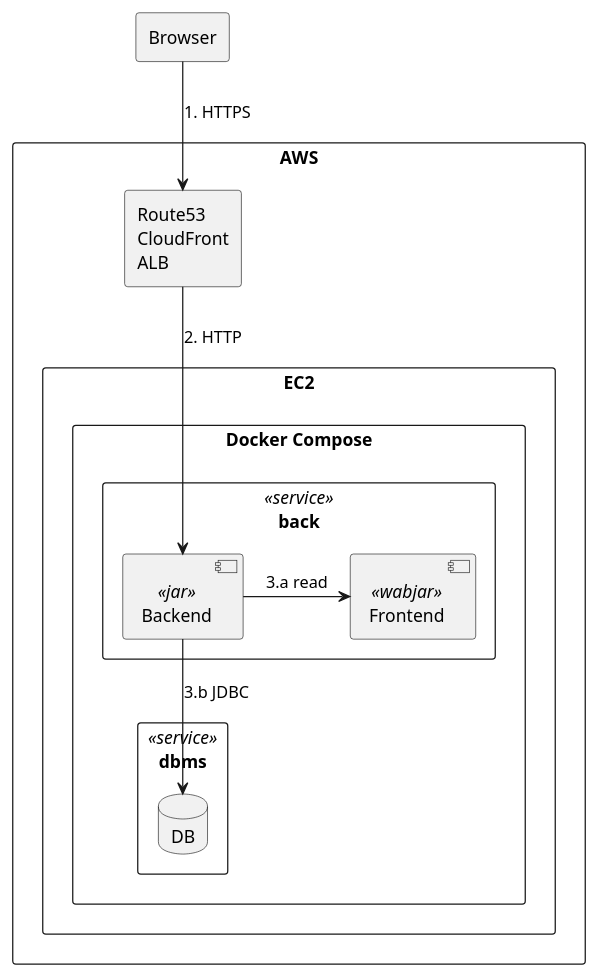
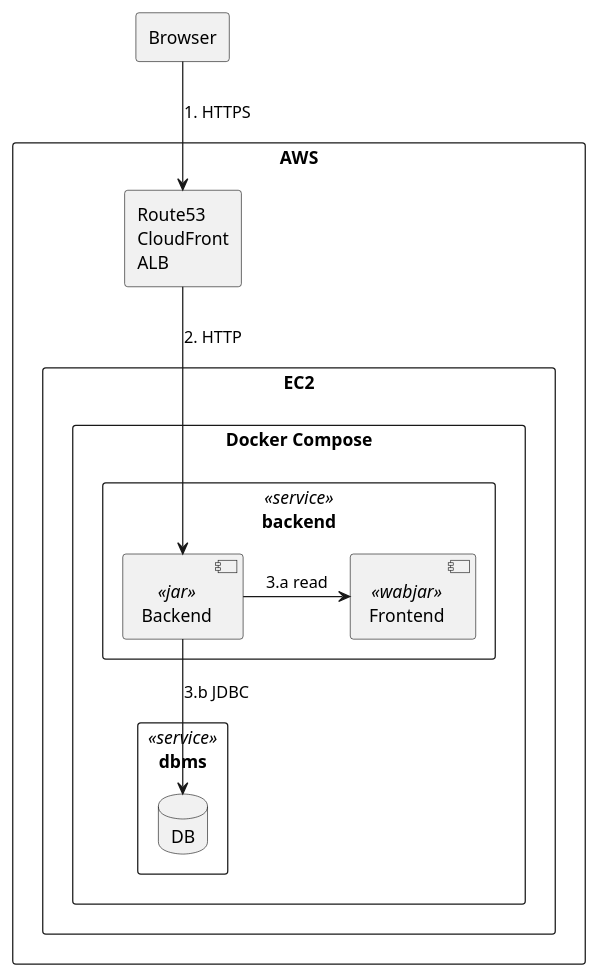
The diagram in svqk-doc/src/docs/asciidoc/ja/arch-desc/infra/runtime.pu (project-au-lait/svqk), drawn with PlantUML before and after one commit. The commit also changed 3 other files, not shown here.

```diff
--- a/svqk-doc/src/docs/asciidoc/ja/arch-desc/infra/runtime.pu
+++ b/svqk-doc/src/docs/asciidoc/ja/arch-desc/infra/runtime.pu
@@ -1,29 +1,29 @@
 
 rectangle AWS {
   
   rectangle EC2 {
 
     rectangle "Docker Compose" {
 
-      rectangle back <<service>>{
+      rectangle backend <<service>>{
         component Backend <<jar>>
         component Frontend <<wabjar>>
         Backend -> Frontend: 3.a read
       }
 
       rectangle dbms <<service>> {
         database DB
         Backend --> DB: 3.b JDBC
       }
     }
   }
 
 
   rectangle "Route53\nCloudFront\nALB" as rca
 }
 
 rectangle Browser
 
 
 Browser --> rca: 1. HTTPS
 rca --> Backend: 2. HTTP
```
